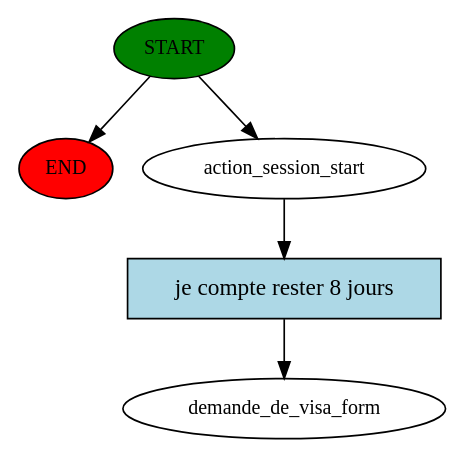
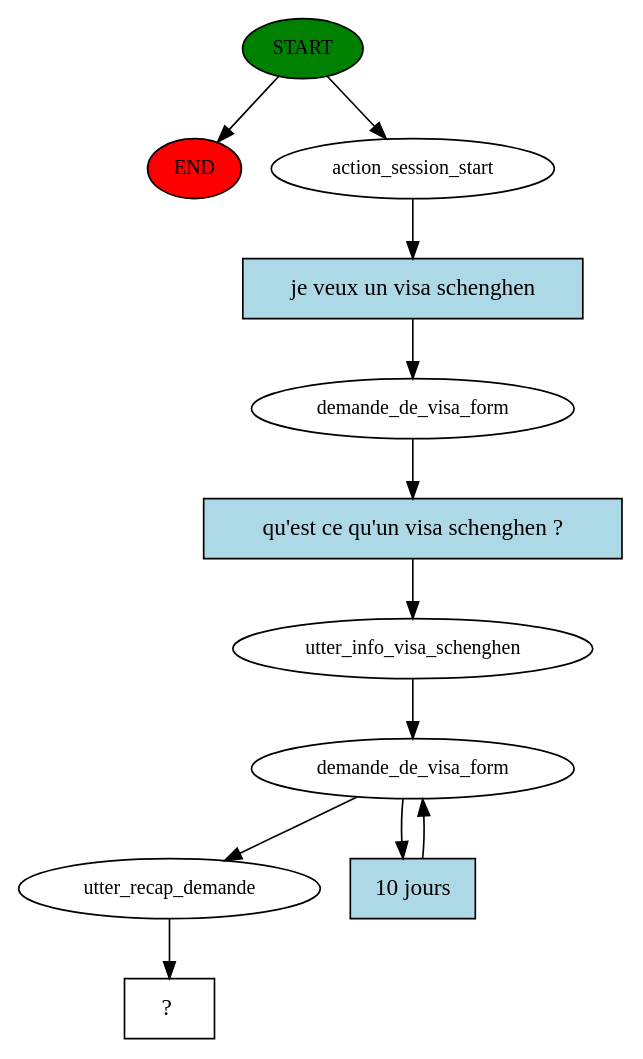
The diagram in story_graph.dot (Pauline-25/rasa), drawn with Graphviz before and after one commit. The commit also changed 6 other files, not shown here.

```diff
--- a/story_graph.dot
+++ b/story_graph.dot
@@ -1,11 +1,24 @@
 digraph  {
 0 [class="start active", fillcolor=green, fontsize=12, label=START, style=filled];
 "-1" [class=end, fillcolor=red, fontsize=12, label=END, style=filled];
 1 [class=active, fontsize=12, label=action_session_start];
-2 [class="dashed active", fontsize=12, label=demande_de_visa_form];
-3 [class="intent active", fillcolor=lightblue, label="je compte rester 8 jours", shape=rect, style=filled];
+2 [class=active, fontsize=12, label=demande_de_visa_form];
+3 [class=active, fontsize=12, label=utter_info_visa_schenghen];
+4 [class=active, fontsize=12, label=demande_de_visa_form];
+6 [class=active, fontsize=12, label=utter_recap_demande];
+7 [class="intent dashed active", label="  ?  ", shape=rect];
+8 [class="intent active", fillcolor=lightblue, label="je veux un visa schenghen", shape=rect, style=filled];
+9 [class="intent active", fillcolor=lightblue, label="qu'est ce qu'un visa schenghen ?", shape=rect, style=filled];
+10 [class="intent active", fillcolor=lightblue, label="10 jours", shape=rect, style=filled];
 0 -> "-1"  [class="", key=NONE, label=""];
 0 -> 1  [class=active, key=NONE, label=""];
-1 -> 3  [class=active, key=0];
-3 -> 2  [class=active, key=0];
+1 -> 8  [class=active, key=0];
+2 -> 9  [class=active, key=0];
+3 -> 4  [class=active, key=NONE, label=""];
+4 -> 6  [class=active, key=NONE, label=""];
+4 -> 10  [class=active, key=0];
+6 -> 7  [class=active, key=NONE, label=""];
+8 -> 2  [class=active, key=0];
+9 -> 3  [class=active, key=0];
+10 -> 4  [class=active, key=0];
 }
```
